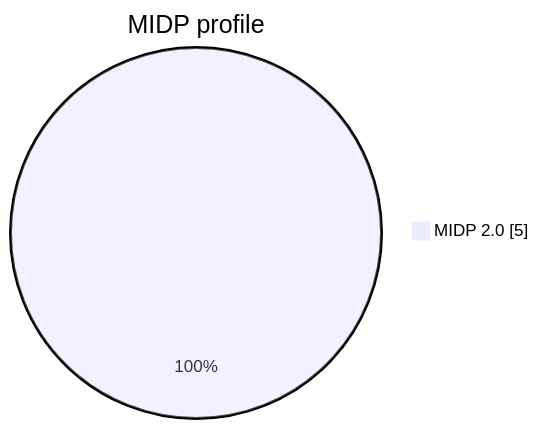
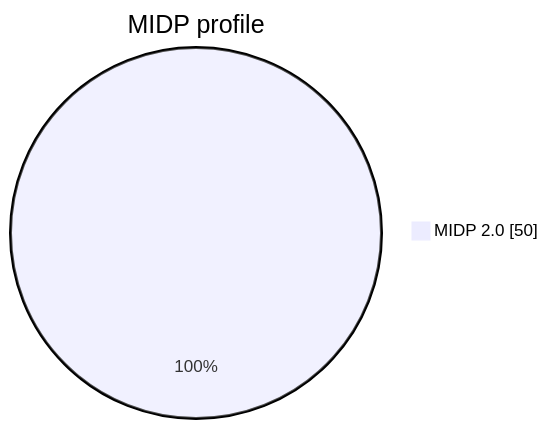
One commit to AbadXDev/CoreJ2 changed the sixth of 6 diagrams in docs/compatibility-stats.md. Above: the diagram before and after it, drawn with Mermaid. The commit also changed other lines of this file and 17 other files, not shown here.

````diff
--- a/docs/compatibility-stats.md
+++ b/docs/compatibility-stats.md
@@ -62,5 +101,5 @@
 ```mermaid
 pie showData
     title MIDP profile
-    "MIDP 2.0" : 5
+    "MIDP 2.0" : 50
 ```
````
